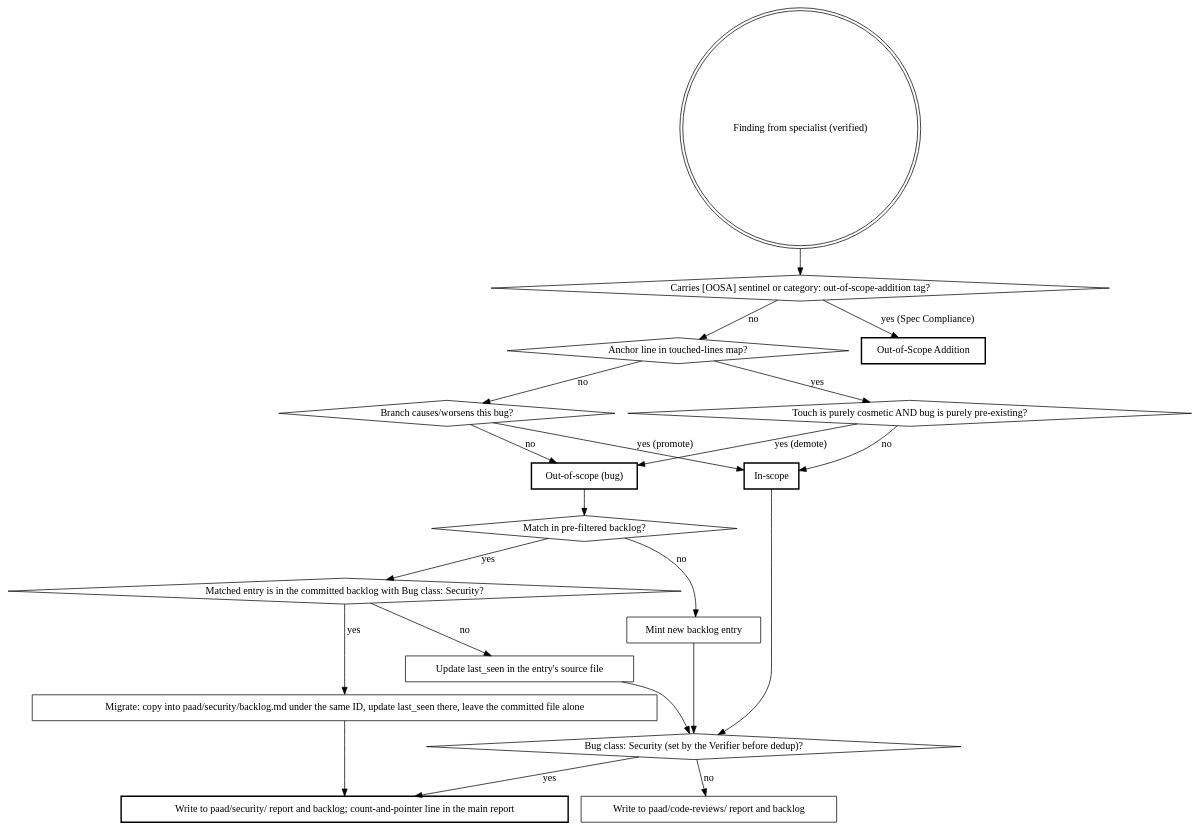
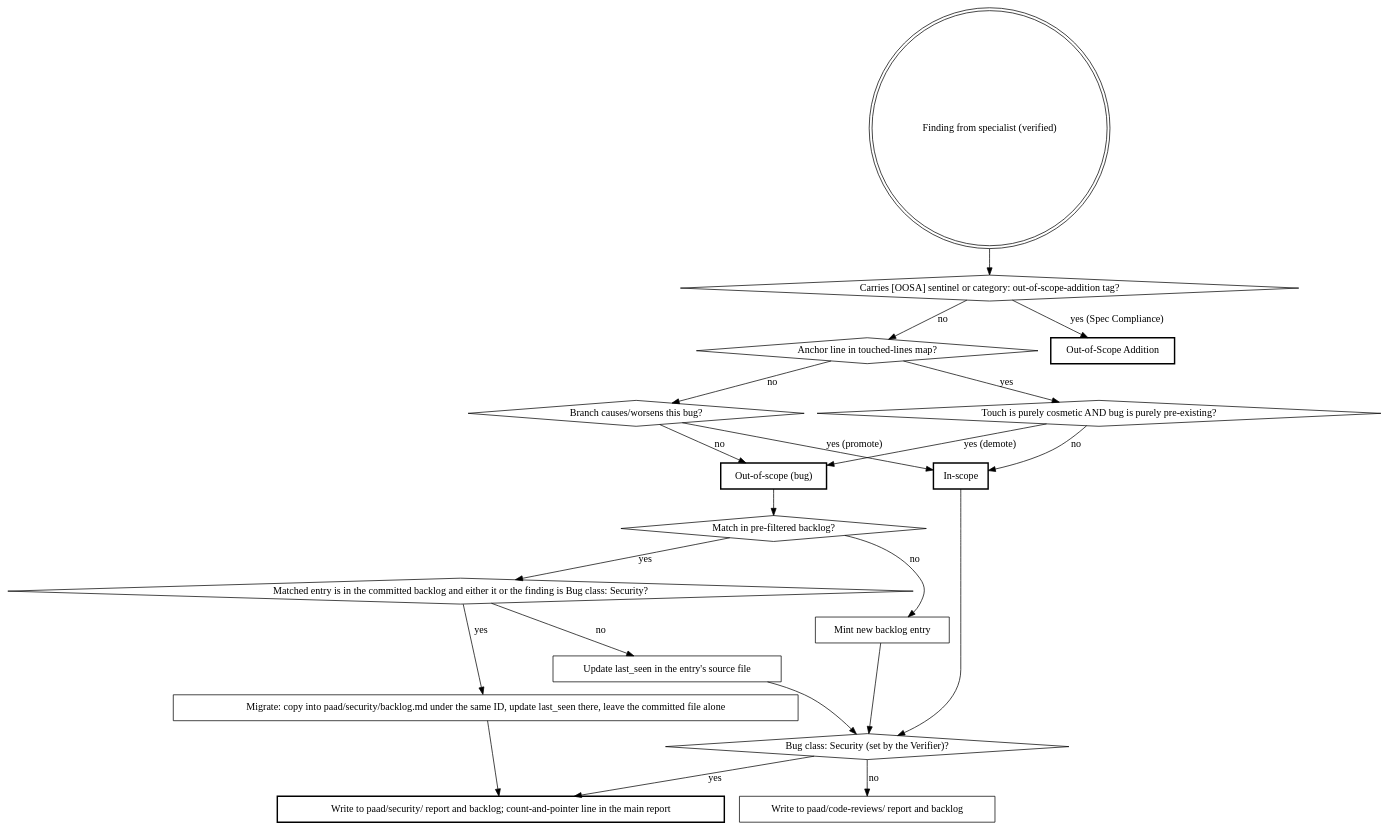
One commit to Ovid/paad changed the first of 2 diagrams in preview/paad/skills/agentic-review/SKILL.md. Above: the diagram before and after it, drawn with Graphviz. The commit also changed 1 other file, not shown here.

Commit message:
agentic-review: the Security side wins on both flip-flop paths
Claude-Session: https://claude.ai/code/session_01A487fo26UJL2VPNT6SLmux

````diff
--- a/preview/paad/skills/agentic-review/SKILL.md
+++ b/preview/paad/skills/agentic-review/SKILL.md
@@ -22,42 +22,42 @@
 ```dot
 digraph classification {
   "Finding from specialist (verified)" [shape=doublecircle];
   "Carries [OOSA] sentinel or category: out-of-scope-addition tag?" [shape=diamond];
   "Anchor line in touched-lines map?" [shape=diamond];
   "Branch causes/worsens this bug?" [shape=diamond];
   "Touch is purely cosmetic AND bug is purely pre-existing?" [shape=diamond];
   "Match in pre-filtered backlog?" [shape=diamond];
-  "Matched entry is in the committed backlog with Bug class: Security?" [shape=diamond];
+  "Matched entry is in the committed backlog and either it or the finding is Bug class: Security?" [shape=diamond];
 
   "In-scope" [shape=box, style=bold];
   "Out-of-scope (bug)" [shape=box, style=bold];
   "Out-of-Scope Addition" [shape=box, style=bold];
   "Update last_seen in the entry's source file" [shape=box];
   "Mint new backlog entry" [shape=box];
   "Migrate: copy into paad/security/backlog.md under the same ID, update last_seen there, leave the committed file alone" [shape=box];
-  "Bug class: Security (set by the Verifier before dedup)?" [shape=diamond];
+  "Bug class: Security (set by the Verifier)?" [shape=diamond];
   "Write to paad/security/ report and backlog; count-and-pointer line in the main report" [shape=box, style=bold];
   "Write to paad/code-reviews/ report and backlog" [shape=box];
 
   "Finding from specialist (verified)" -> "Carries [OOSA] sentinel or category: out-of-scope-addition tag?";
   "Carries [OOSA] sentinel or category: out-of-scope-addition tag?" -> "Out-of-Scope Addition" [label="yes (Spec Compliance)"];
   "Carries [OOSA] sentinel or category: out-of-scope-addition tag?" -> "Anchor line in touched-lines map?" [label="no"];
   "Anchor line in touched-lines map?" -> "Touch is purely cosmetic AND bug is purely pre-existing?" [label="yes"];
   "Anchor line in touched-lines map?" -> "Branch causes/worsens this bug?" [label="no"];
   "Touch is purely cosmetic AND bug is purely pre-existing?" -> "Out-of-scope (bug)" [label="yes (demote)"];
   "Touch is purely cosmetic AND bug is purely pre-existing?" -> "In-scope" [label="no"];
   "Branch causes/worsens this bug?" -> "In-scope" [label="yes (promote)"];
   "Branch causes/worsens this bug?" -> "Out-of-scope (bug)" [label="no"];
   "Out-of-scope (bug)" -> "Match in pre-filtered backlog?";
-  "Match in pre-filtered backlog?" -> "Matched entry is in the committed backlog with Bug class: Security?" [label="yes"];
-  "Matched entry is in the committed backlog with Bug class: Security?" -> "Migrate: copy into paad/security/backlog.md under the same ID, update last_seen there, leave the committed file alone" [label="yes"];
-  "Matched entry is in the committed backlog with Bug class: Security?" -> "Update last_seen in the entry's source file" [label="no"];
+  "Match in pre-filtered backlog?" -> "Matched entry is in the committed backlog and either it or the finding is Bug class: Security?" [label="yes"];
+  "Matched entry is in the committed backlog and either it or the finding is Bug class: Security?" -> "Migrate: copy into paad/security/backlog.md under the same ID, update last_seen there, leave the committed file alone" [label="yes"];
+  "Matched entry is in the committed backlog and either it or the finding is Bug class: Security?" -> "Update last_seen in the entry's source file" [label="no"];
   "Migrate: copy into paad/security/backlog.md under the same ID, update last_seen there, leave the committed file alone" -> "Write to paad/security/ report and backlog; count-and-pointer line in the main report";
   "Match in pre-filtered backlog?" -> "Mint new backlog entry" [label="no"];
-  "In-scope" -> "Bug class: Security (set by the Verifier before dedup)?";
-  "Update last_seen in the entry's source file" -> "Bug class: Security (set by the Verifier before dedup)?";
-  "Mint new backlog entry" -> "Bug class: Security (set by the Verifier before dedup)?";
-  "Bug class: Security (set by the Verifier before dedup)?" -> "Write to paad/security/ report and backlog; count-and-pointer line in the main report" [label="yes"];
-  "Bug class: Security (set by the Verifier before dedup)?" -> "Write to paad/code-reviews/ report and backlog" [label="no"];
+  "In-scope" -> "Bug class: Security (set by the Verifier)?";
+  "Update last_seen in the entry's source file" -> "Bug class: Security (set by the Verifier)?";
+  "Mint new backlog entry" -> "Bug class: Security (set by the Verifier)?";
+  "Bug class: Security (set by the Verifier)?" -> "Write to paad/security/ report and backlog; count-and-pointer line in the main report" [label="yes"];
+  "Bug class: Security (set by the Verifier)?" -> "Write to paad/code-reviews/ report and backlog" [label="no"];
 }
 ```
````
